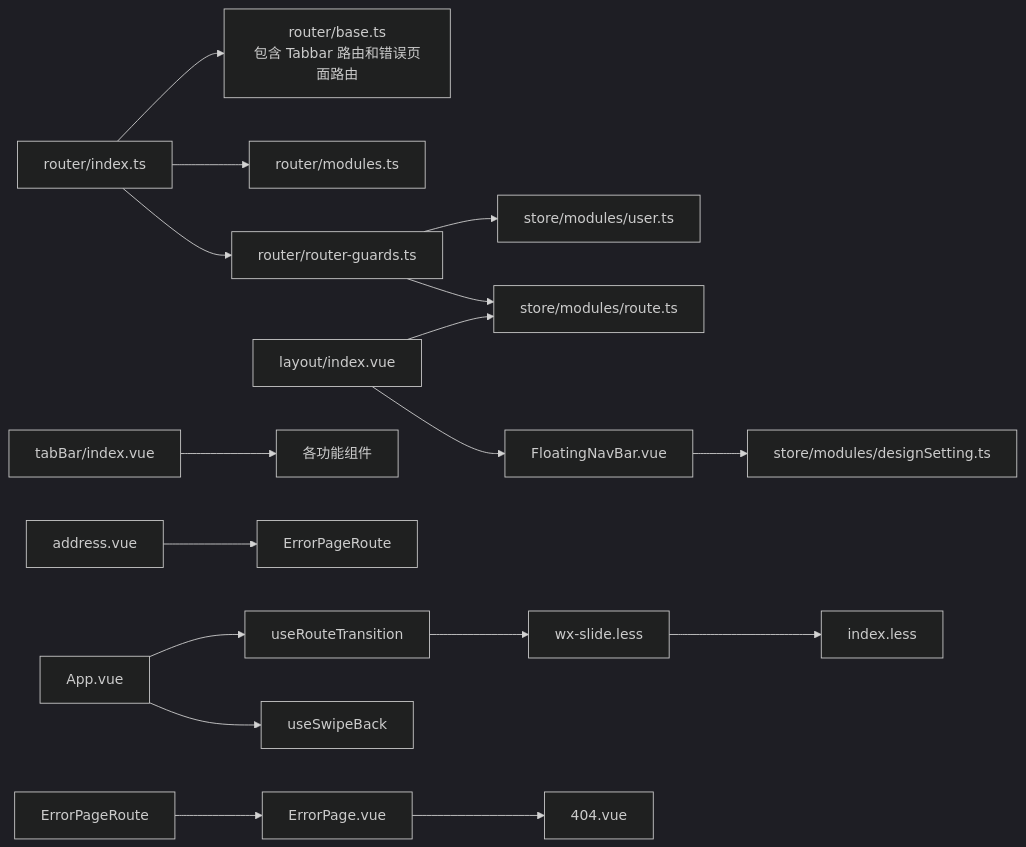
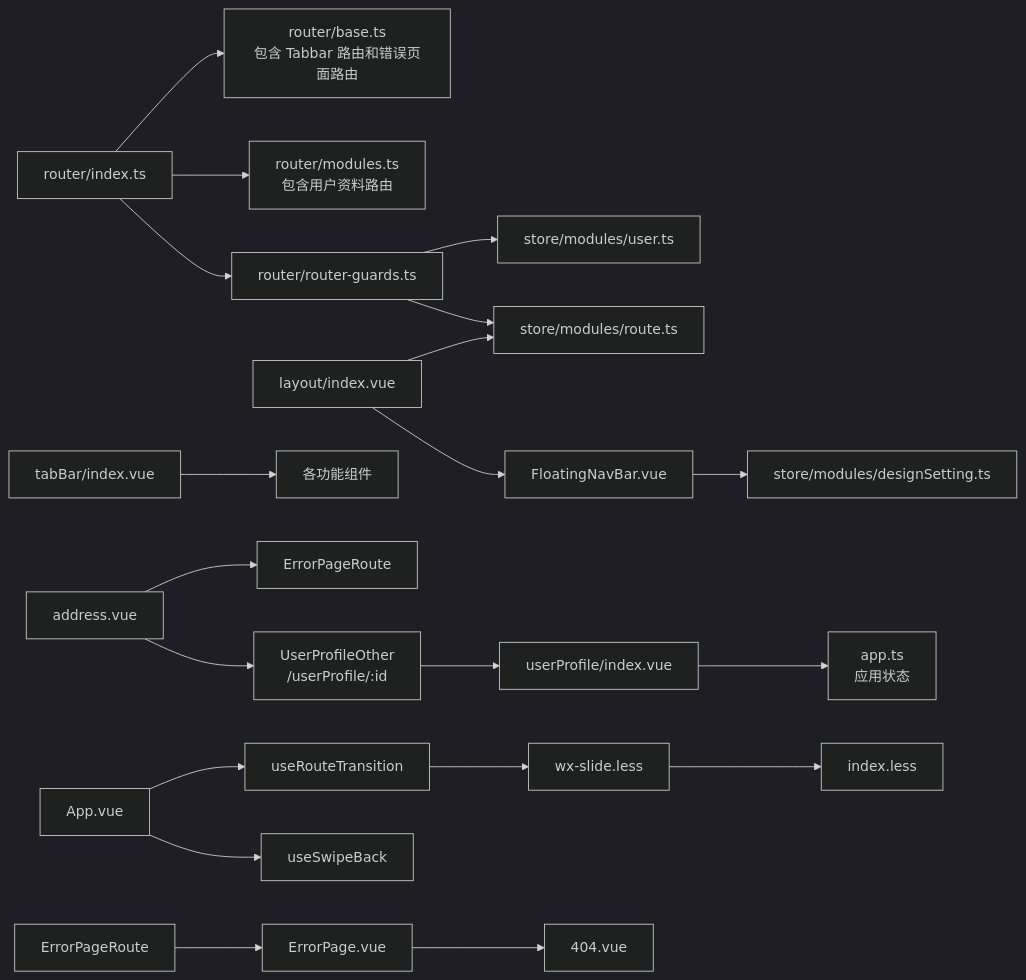
One commit to giserman001/vue3-vant4-mobile changed diagram 13 of 13 in .qoder/repowiki/zh/content/核心系统/路由系统.md. Above: the diagram before and after it, drawn with Mermaid (dark theme). The commit also changed other lines of this file and 13 other files, not shown here.

````diff
--- a/.qoder/repowiki/zh/content/核心系统/路由系统.md
+++ b/.qoder/repowiki/zh/content/核心系统/路由系统.md
@@ -610,19 +713,22 @@
 ```mermaid
 graph LR
 Router["router/index.ts"] --> Base["router/base.ts<br/>包含 Tabbar 路由和错误页面路由"]
-Router --> Modules["router/modules.ts"]
+Router --> Modules["router/modules.ts<br/>包含用户资料路由"]
 Router --> Guards["router/router-guards.ts"]
 Guards --> UserStore["store/modules/user.ts"]
 Guards --> RouteStore["store/modules/route.ts"]
 Layout["layout/index.vue"] --> RouteStore
 Layout --> Floating["FloatingNavBar.vue"]
 Floating --> DesignStore["store/modules/designSetting.ts"]
 Tabbar["tabBar/index.vue"] --> Components["各功能组件"]
 Address["address.vue"] --> ErrorRoute["ErrorPageRoute"]
+Address --> ProfileRoute["UserProfileOther<br/>/userProfile/:id"]
 App["App.vue"] --> TransitionHook["useRouteTransition"]
 App --> SwipeHook["useSwipeBack"]
 TransitionHook --> WxSlide["wx-slide.less"]
 WxSlide --> StyleIndex["index.less"]
 ErrorBase["ErrorPageRoute"] --> ErrorPage["ErrorPage.vue"]
 ErrorPage --> NotFound["404.vue"]
+ProfileRoute --> ProfilePage["userProfile/index.vue"]
+ProfilePage --> AppStore["app.ts<br/>应用状态"]
 ```
````
